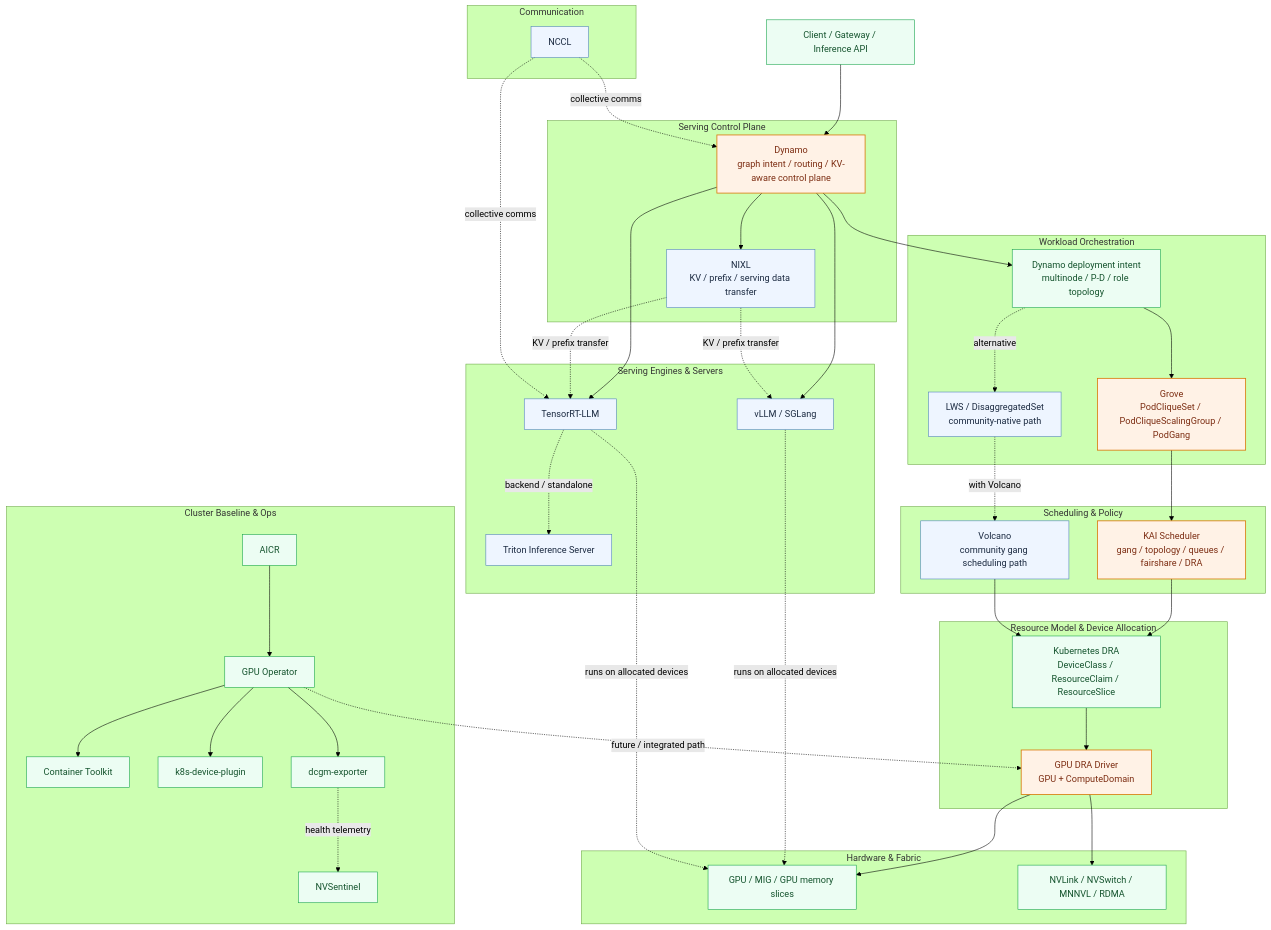
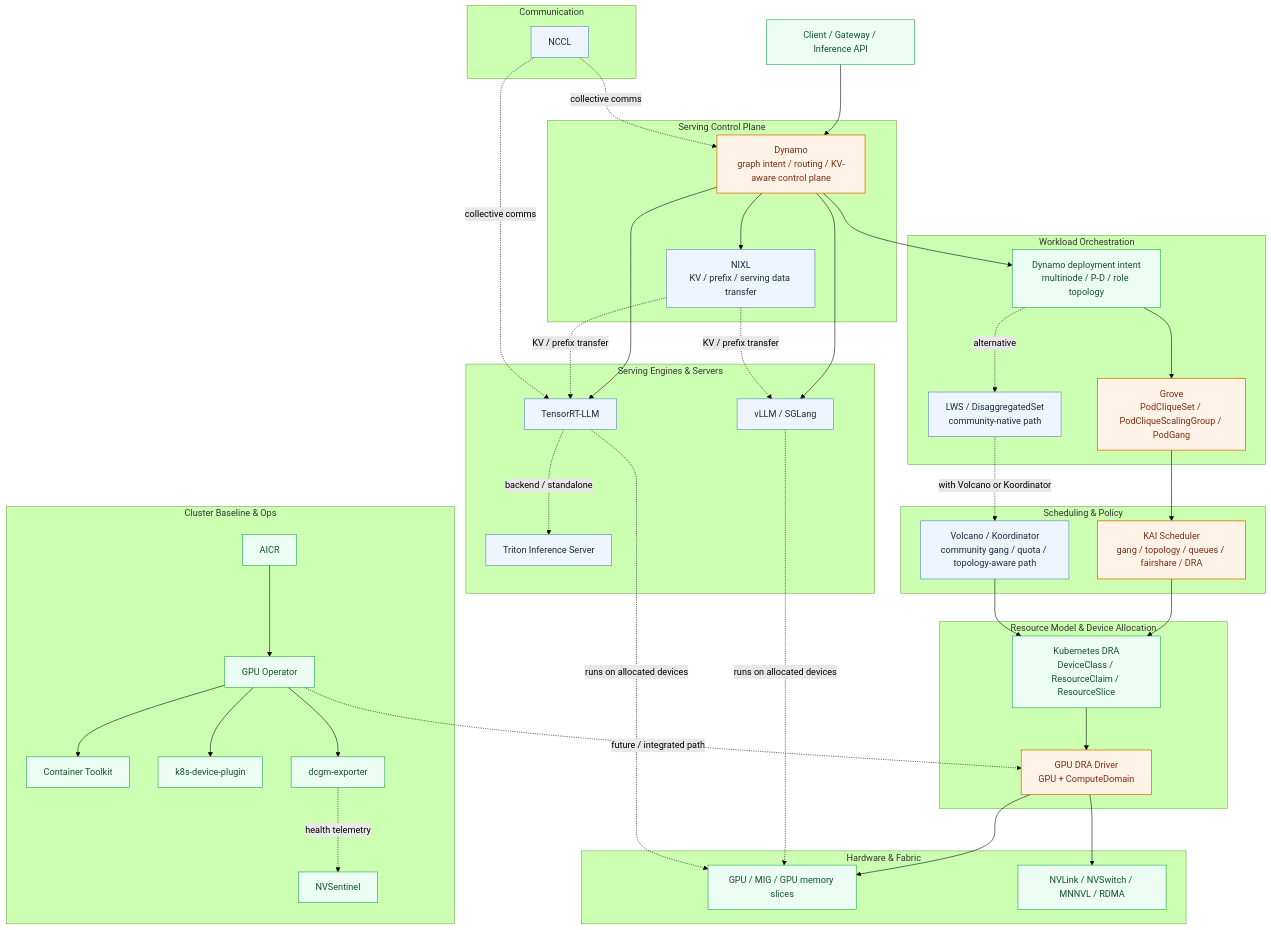
Before and after one commit to pacoxu/AI-Infra: the diagram in docs/blog/2026-05-11/2026-05-11-dynamo-grove-kai-dra-ecosystem-zh.md, drawn with Mermaid (forest theme). The commit also changed other lines of this file and 1 other file, not shown here.

Commit message:
docs(blog): note Koordinator as LWS scheduler alternative

```diff
--- a/docs/blog/2026-05-11/2026-05-11-dynamo-grove-kai-dra-ecosystem-zh.md
+++ b/docs/blog/2026-05-11/2026-05-11-dynamo-grove-kai-dra-ecosystem-zh.md
@@ -100,7 +104,7 @@
 
   subgraph SCHED["Scheduling & Policy"]
     KAI["KAI Scheduler<br/>gang / topology / queues / fairshare / DRA"]
-    VOLC["Volcano<br/>community gang scheduling path"]
+    VOLC["Volcano / Koordinator<br/>community gang / quota / topology-aware path"]
   end
 
   subgraph RES["Resource Model & Device Allocation"]
@@ -136,7 +140,7 @@
   DEPLOY -. alternative .-> LWS
 
   GROVE --> KAI
-  LWS -. with Volcano .-> VOLC
+  LWS -. with Volcano or Koordinator .-> VOLC
 
   KAI --> DRA
   VOLC --> DRA
```
